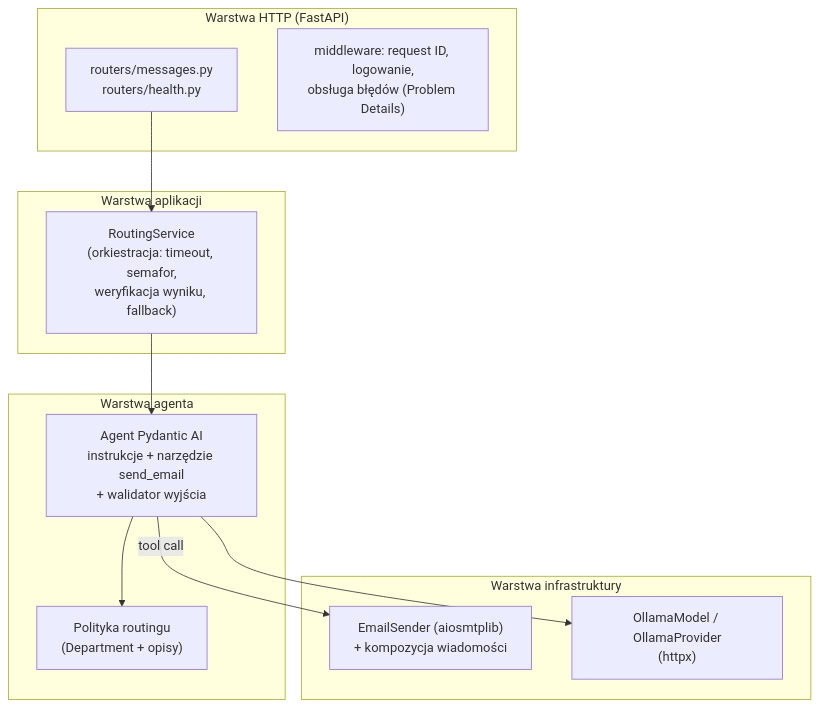
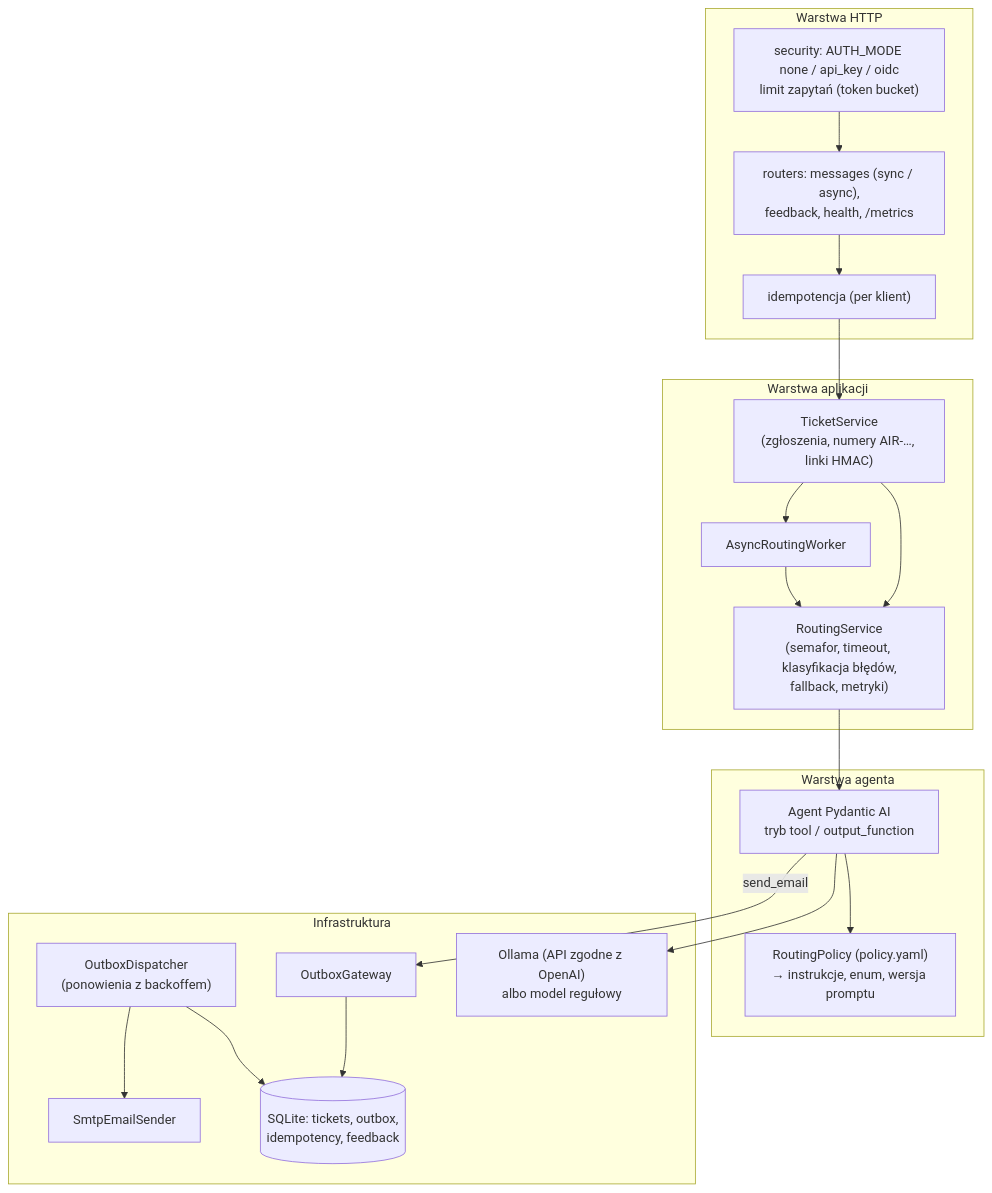
One commit to miikoolaj/ai-message-categorization-and-routing-system changed the first of 3 diagrams in docs/DESIGN.md. Above: the diagram before and after it, drawn with Mermaid. The commit also changed other lines of this file and 3 other files, not shown here.

First line of the commit message:
docs: condense README and design doc to the current architecture

````diff
--- a/docs/DESIGN.md
+++ b/docs/DESIGN.md
@@ -189,22 +70,32 @@
 ```mermaid
 flowchart TB
-    subgraph http["Warstwa HTTP (FastAPI)"]
-        r["routers/messages.py<br/>routers/health.py"]
-        mw["middleware: request ID, logowanie,<br/>obsługa błędów (Problem Details)"]
+    subgraph http["Warstwa HTTP"]
+        sec["security: AUTH_MODE none / api_key / oidc<br/>limit zapytań (token bucket)"]
+        routers["routers: messages (sync / async),<br/>feedback, health, /metrics"]
+        idem["idempotencja (per klient)"]
     end
     subgraph app["Warstwa aplikacji"]
-        svc["RoutingService<br/>(orkiestracja: timeout, semafor,<br/>weryfikacja wyniku, fallback)"]
+        tickets["TicketService<br/>(zgłoszenia, numery AIR-…, linki HMAC)"]
+        worker["AsyncRoutingWorker"]
+        svc["RoutingService<br/>(semafor, timeout, klasyfikacja błędów,<br/>fallback, metryki)"]
     end
     subgraph agent["Warstwa agenta"]
-        ag["Agent Pydantic AI<br/>instrukcje + narzędzie send_email<br/>+ walidator wyjścia"]
-        pol["Polityka routingu<br/>(Department + opisy)"]
+        ag["Agent Pydantic AI<br/>tryb tool / output_function"]
+        pol["RoutingPolicy (policy.yaml)<br/>→ instrukcje, enum, wersja promptu"]
     end
-    subgraph infra["Warstwa infrastruktury"]
-        mail["EmailSender (aiosmtplib)<br/>+ kompozycja wiadomości"]
-        llm["OllamaModel / OllamaProvider<br/>(httpx)"]
+    subgraph infra["Infrastruktura"]
+        gw["OutboxGateway"]
+        disp["OutboxDispatcher<br/>(ponowienia z backoffem)"]
+        smtp["SmtpEmailSender"]
+        db[("SQLite: tickets, outbox,<br/>idempotency, feedback")]
+        llm["Ollama (API zgodne z OpenAI)<br/>albo model regułowy"]
     end
-    r --> svc --> ag
-    ag --> pol
-    ag -- "tool call" --> mail
+    sec --> routers --> idem --> tickets
+    tickets --> svc
+    tickets --> worker --> svc
+    svc --> ag --> pol
+    ag -- "send_email" --> gw --> db
+    disp --> db
+    disp --> smtp
     ag --> llm
 ```
````
